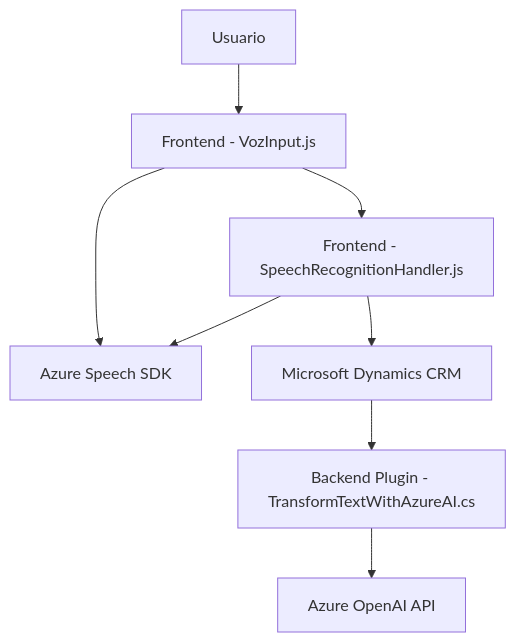
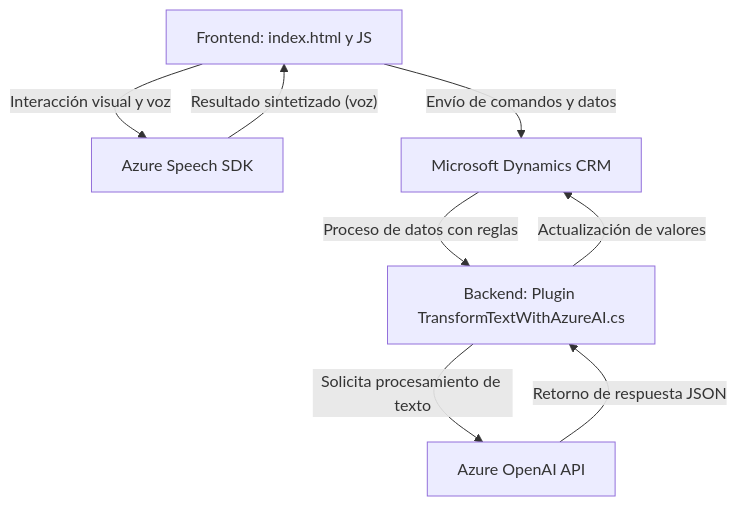
One commit to blopezdm/NETCORE_BILBAO2025 changed the diagram in README.md. Above: the diagram before and after it, drawn with Mermaid. The commit also changed other lines of this file, not shown here.

Commit message:
Actualizar análisis global de la solución con IA

````diff
--- a/README.md
+++ b/README.md
@@ -43,18 +53,15 @@
 ```mermaid
 graph TD
-    A["Usuario"]
-    B["Frontend - VozInput.js"]
-    C["Frontend - SpeechRecognitionHandler.js"]
-    D["Azure Speech SDK"]
-    E["Microsoft Dynamics CRM"]
-    F["Backend Plugin - TransformTextWithAzureAI.cs"]
-    G["Azure OpenAI API"]
-    
-    A --> B
-    B --> D
-    B --> C
-    C --> D
-    C --> E
-    E --> F
-    F --> G
+    A[Frontend: index.html y JS]
+    B[Backend: Plugin TransformTextWithAzureAI.cs]
+    C[Azure Speech SDK]
+    D[Azure OpenAI API]
+    E[Microsoft Dynamics CRM]
+    A -- Interacción visual y voz --> C
+    A -- Envío de comandos y datos --> E
+    E -- Proceso de datos con reglas --> B
+    B -- Solicita procesamiento de texto --> D
+    D -- Retorno de respuesta JSON --> B
+    B -- Actualización de valores --> E
+    C -- Resultado sintetizado (voz) --> A
 ```
````
